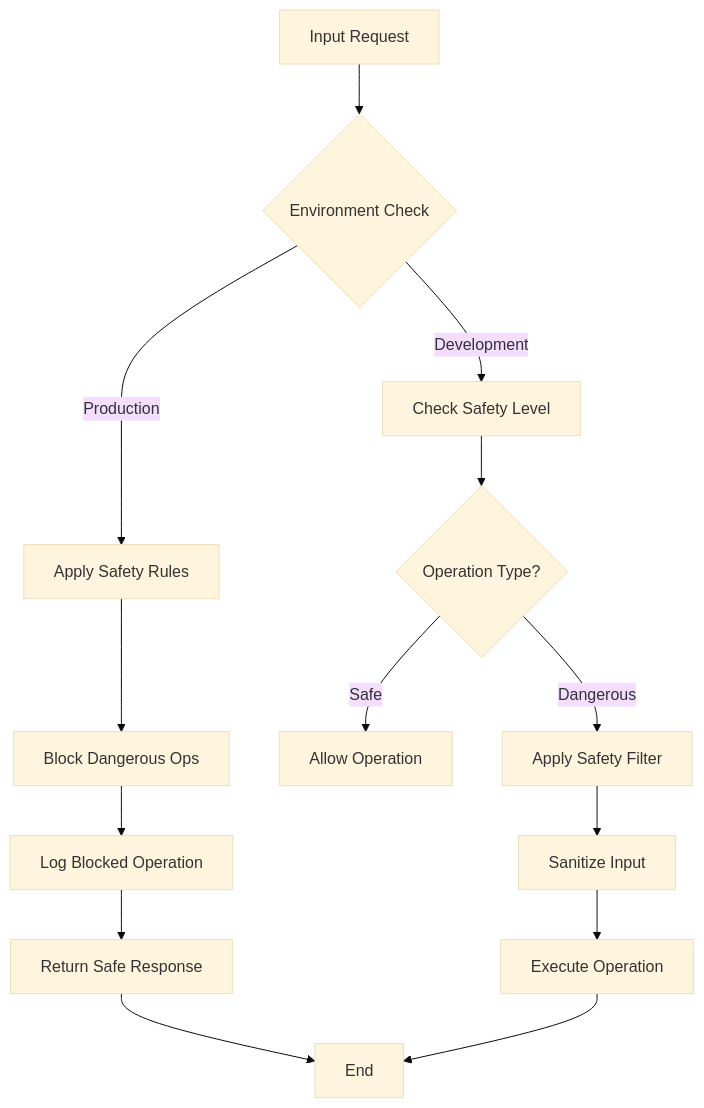
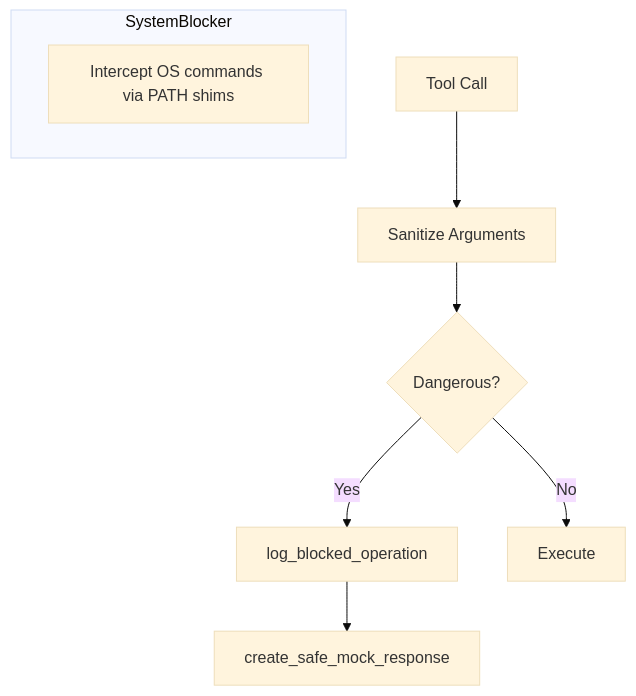
The third of 5 diagrams in docs/architecture.md (Agent-Hellboy/mcp-server-fuzzer), drawn with Mermaid (base theme) before and after one commit. The commit also changed other lines of this file and 48 other files, not shown here.

````diff
--- a/docs/architecture.md
+++ b/docs/architecture.md
@@ -101,21 +117,12 @@
 ```mermaid
 graph TD
-    A[Input Request] --> B{Environment Check}
-    B -->|Production| C[Apply Safety Rules]
-    B -->|Development| D[Check Safety Level]
+    A[Tool Call] --> B[Sanitize Arguments]
+    B --> C{Dangerous?}
+    C -->|Yes| D[log_blocked_operation]
+    D --> E[create_safe_mock_response]
+    C -->|No| F[Execute]
 
-    C --> E[Block Dangerous Ops]
-    D --> F{Operation Type?}
-
-    F -->|Safe| G[Allow Operation]
-    F -->|Dangerous| H[Apply Safety Filter]
-
-    E --> I[Log Blocked Operation]
-    H --> J[Sanitize Input]
-
-    I --> K[Return Safe Response]
-    J --> L[Execute Operation]
-
-    K --> M[End]
-    L --> M[End]
+    subgraph SystemBlocker
+        G[Intercept OS commands via PATH shims]
+    end
 ```
````
